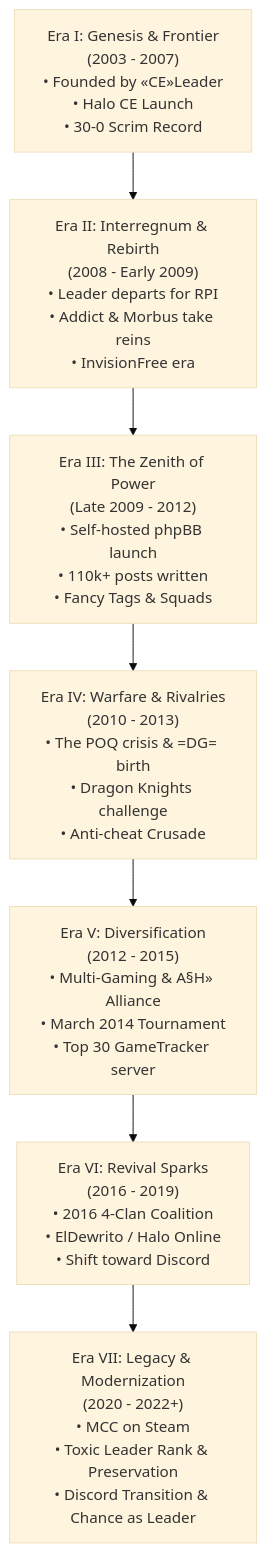
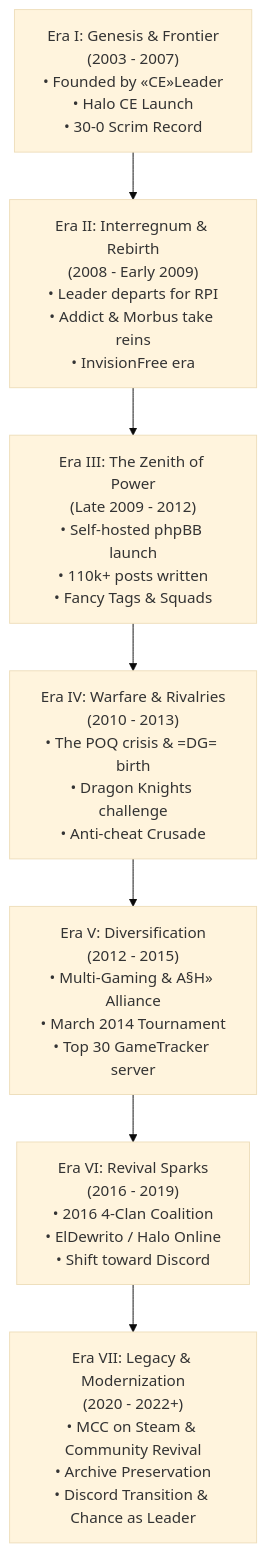
One commit to combat-experts-clan/combat-experts-clan-history changed the diagram in README.md. Above: the diagram before and after it, drawn with Mermaid (base theme). The commit also changed other lines of this file, not shown here.

````diff
--- a/README.md
+++ b/README.md
@@ -64,12 +64,12 @@
 ```mermaid
 flowchart TD
     E1["Era I: Genesis & Frontier<br/>(2003 - 2007)<br/>• Founded by «CE»Leader<br/>• Halo CE Launch<br/>• 30-0 Scrim Record"]
     E2["Era II: Interregnum & Rebirth<br/>(2008 - Early 2009)<br/>• Leader departs for RPI<br/>• Addict & Morbus take reins<br/>• InvisionFree era"]
     E3["Era III: The Zenith of Power<br/>(Late 2009 - 2012)<br/>• Self-hosted phpBB launch<br/>• 110k+ posts written<br/>• Fancy Tags & Squads"]
     E4["Era IV: Warfare & Rivalries<br/>(2010 - 2013)<br/>• The POQ crisis & =DG= birth<br/>• Dragon Knights challenge<br/>• Anti-cheat Crusade"]
     E5["Era V: Diversification<br/>(2012 - 2015)<br/>• Multi-Gaming & A§H» Alliance<br/>• March 2014 Tournament<br/>• Top 30 GameTracker server"]
     E6["Era VI: Revival Sparks<br/>(2016 - 2019)<br/>• 2016 4-Clan Coalition<br/>• ElDewrito / Halo Online<br/>• Shift toward Discord"]
-    E7["Era VII: Legacy & Modernization<br/>(2020 - 2022+)<br/>• MCC on Steam<br/>• Toxic Leader Rank & Preservation<br/>• Discord Transition & Chance as Leader"]
+    E7["Era VII: Legacy & Modernization<br/>(2020 - 2022+)<br/>• MCC on Steam & Community Revival<br/>• Archive Preservation<br/>• Discord Transition & Chance as Leader"]
 
     E1 --> E2 --> E3 --> E4 --> E5 --> E6 --> E7
 ```
````
